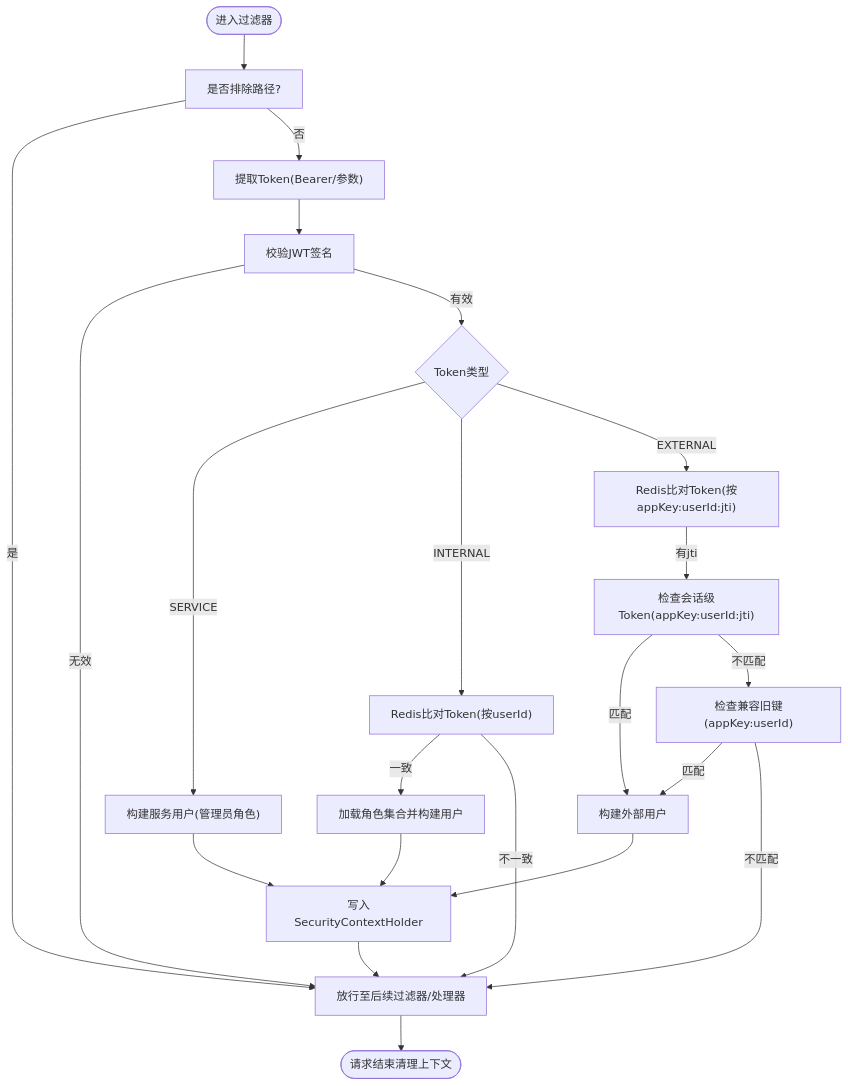
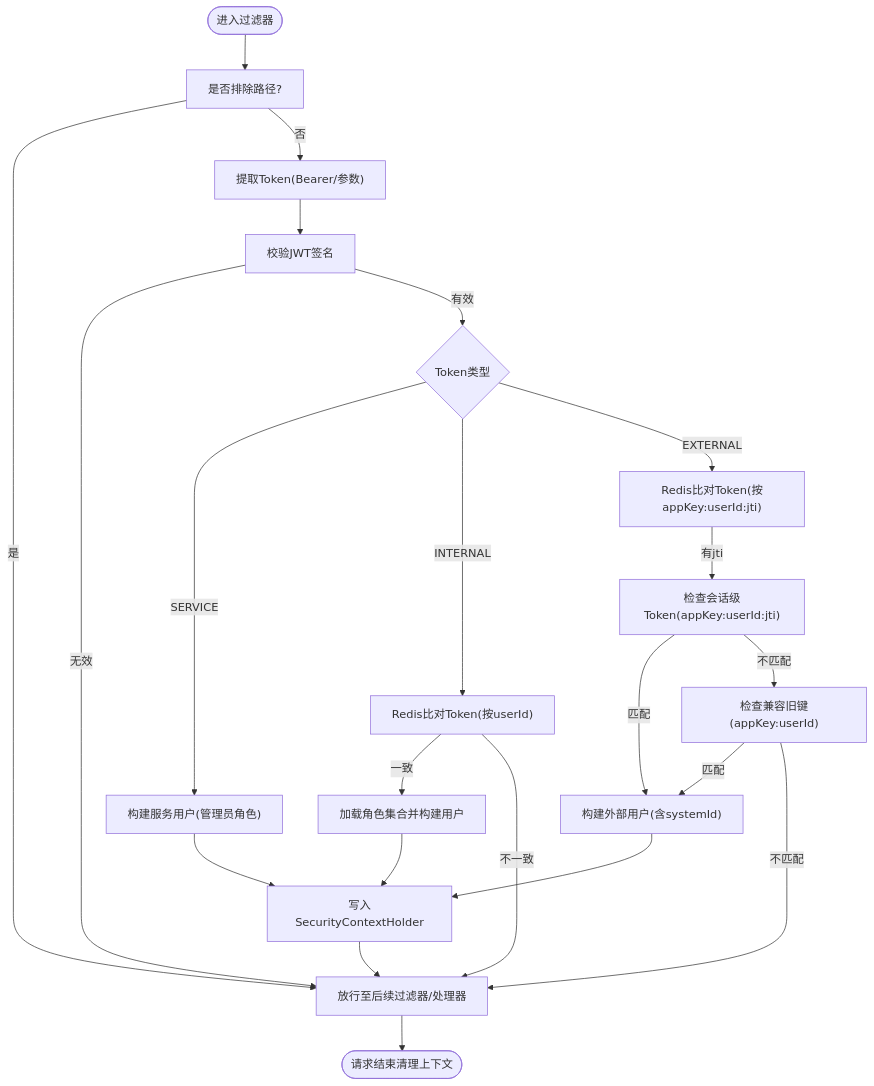
The third of 15 diagrams in .qoder/repowiki/zh/content/后端服务/公共模块 (ele-ai-tender-common)/安全认证与授权.md (DrunkFood/First), drawn with Mermaid before and after one commit. The commit also changed other lines of this file and 93 other files, not shown here.

````diff
--- a/.qoder/repowiki/zh/content/后端服务/公共模块 (ele-ai-tender-common)/安全认证与授权.md
+++ b/.qoder/repowiki/zh/content/后端服务/公共模块 (ele-ai-tender-common)/安全认证与授权.md
@@ -200,24 +247,24 @@
 ```mermaid
 flowchart TD
 Start(["进入过滤器"]) --> CheckExclude["是否排除路径?"]
 CheckExclude --> |是| Next["放行至后续过滤器/处理器"]
 CheckExclude --> |否| Extract["提取Token(Bearer/参数)"]
 Extract --> Validate["校验JWT签名"]
 Validate --> |无效| Next
 Validate --> |有效| TypeCheck{"Token类型"}
 TypeCheck --> |SERVICE| BuildSvc["构建服务用户(管理员角色)"]
 TypeCheck --> |INTERNAL| CheckInternal["Redis比对Token(按userId)"]
 TypeCheck --> |EXTERNAL| CheckExternal["Redis比对Token(按appKey:userId:jti)"]
 CheckInternal --> |一致| LoadRoles["加载角色集合并构建用户"]
 CheckInternal --> |不一致| Next
 CheckExternal --> |有jti| CheckSession["检查会话级Token(appKey:userId:jti)"]
-CheckSession --> |匹配| BuildExt["构建外部用户"]
+CheckSession --> |匹配| BuildExt["构建外部用户(含systemId)"]
 CheckSession --> |不匹配| CheckLegacy["检查兼容旧键(appKey:userId)"]
 CheckLegacy --> |匹配| BuildExt
 CheckLegacy --> |不匹配| Next
 BuildExt --> SetCtx["写入SecurityContextHolder"]
 BuildSvc --> SetCtx
 LoadRoles --> SetCtx
 SetCtx --> Next
 Next --> End(["请求结束清理上下文"])
 ```
````
